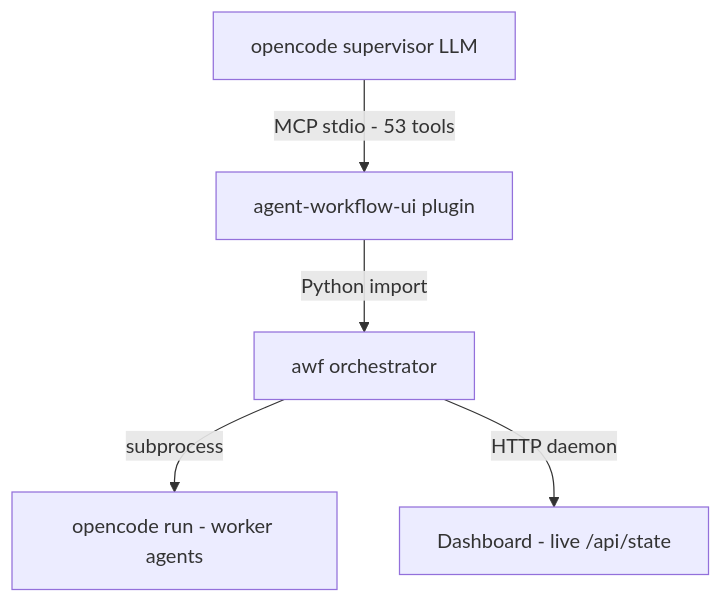
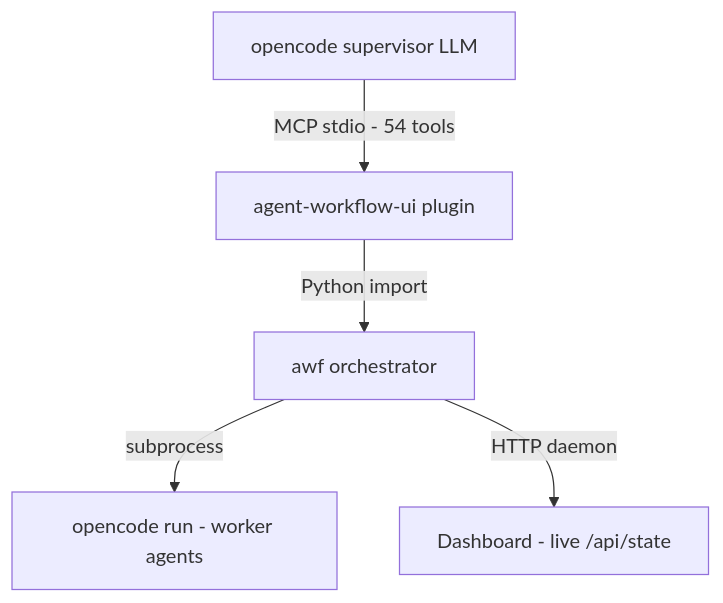
The second of 2 diagrams in README.md (EnerJizeIT/agentic-workflow), drawn with Mermaid before and after one commit. The commit also changed other lines of this file and 39 other files, not shown here.

````diff
--- a/README.md
+++ b/README.md
@@ -91,7 +91,7 @@
 ```mermaid
 graph TD
-    A[opencode supervisor LLM] -->|MCP stdio - 53 tools| B[agent-workflow-ui plugin]
+    A[opencode supervisor LLM] -->|MCP stdio - 54 tools| B[agent-workflow-ui plugin]
     B -->|Python import| C[awf orchestrator]
     C -->|subprocess| D[opencode run - worker agents]
     C -->|HTTP daemon| E[Dashboard - live /api/state]
 ```
````
